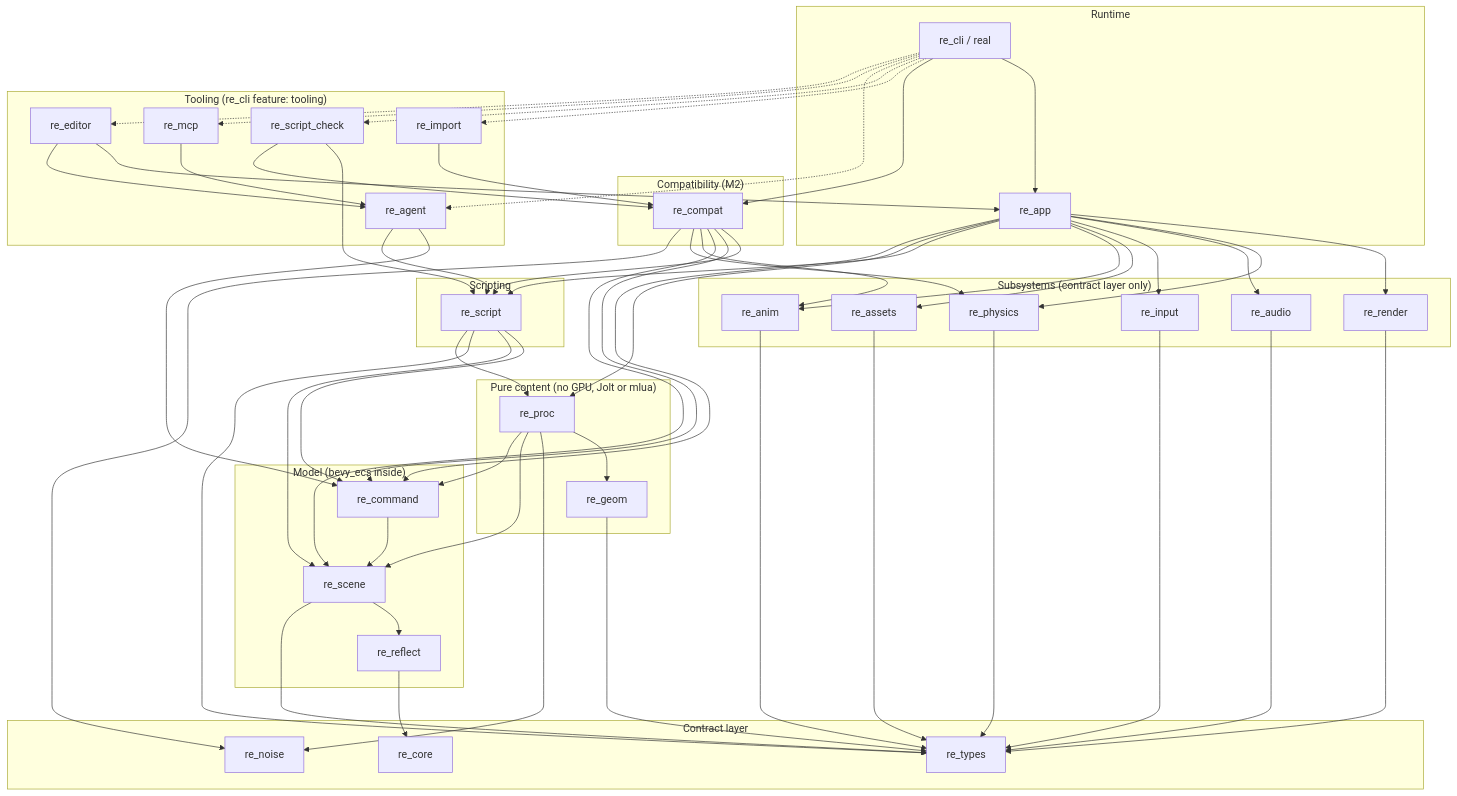
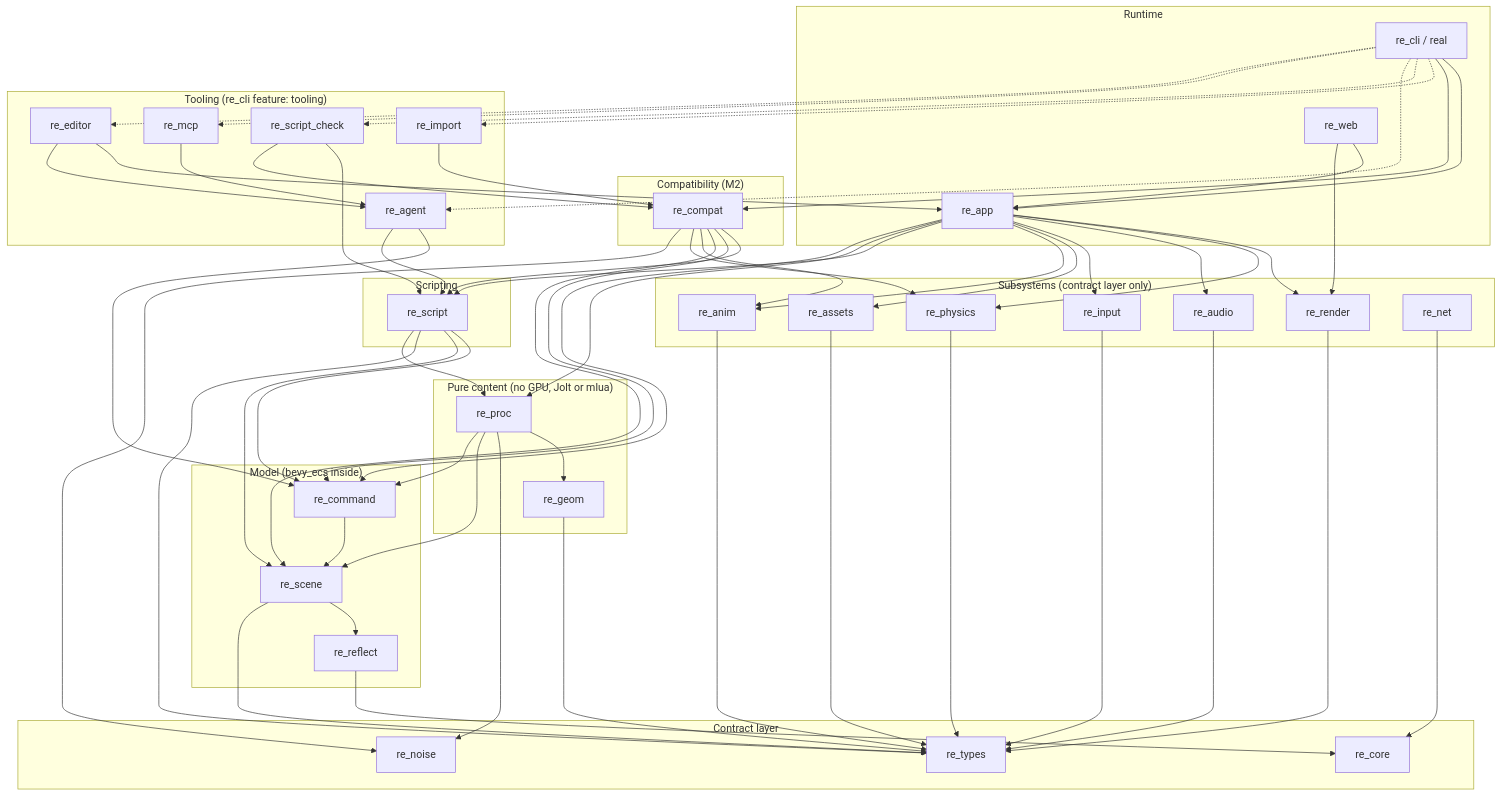
The diagram in docs/ARCHITECTURE.md (dullyontop/real-engine), drawn with Mermaid before and after one commit. The commit also changed other lines of this file and 6 other files, not shown here.

First line of the commit message:
docs: M3 as-built notes (graphs, roads, ragdolls, streaming, web, D2, packaging) (#151)

````diff
--- a/docs/ARCHITECTURE.md
+++ b/docs/ARCHITECTURE.md
@@ -31,78 +32,81 @@
 ```mermaid
 graph TD
   subgraph "Contract layer"
     core[re_core]
     types[re_types]
     noise[re_noise]
   end
 
   subgraph "Model (bevy_ecs inside)"
     reflect[re_reflect] --> core
     scene[re_scene] --> reflect
     scene --> types
     command[re_command] --> scene
   end
 
   subgraph "Pure content (no GPU, Jolt or mlua)"
     geom[re_geom] --> types
     proc[re_proc] --> geom
     proc --> noise
     proc --> scene
     proc --> command
   end
 
   subgraph "Subsystems (contract layer only)"
     render[re_render] --> types
     physics[re_physics] --> types
     audio[re_audio] --> types
     input[re_input] --> types
     assets[re_assets] --> types
     anim[re_anim] --> types
+    net[re_net] --> core
   end
 
   subgraph Scripting
     script[re_script] --> command
     script --> scene
     script --> types
     script --> proc
   end
 
   subgraph Runtime
     app[re_app] --> render
     app --> physics
     app --> audio
     app --> input
     app --> assets
     app --> anim
     app --> script
     app --> proc
     app --> command
     cli[re_cli / real] --> app
+    web[re_web] --> app
+    web --> render
   end
 
   subgraph "Compatibility (M2)"
     compat[re_compat] --> script
     compat --> command
     compat --> scene
     compat --> anim
     compat --> physics
     compat --> noise
     cli --> compat
   end
 
   subgraph "Tooling (re_cli feature: tooling)"
     check[re_script_check] --> script
     check --> compat
     import[re_import] --> compat
     cli -.-> import
     agent[re_agent] --> command
     agent --> script
     mcp[re_mcp] --> agent
     editor[re_editor] --> app
     editor --> agent
     cli -.-> check
     cli -.-> agent
     cli -.-> mcp
     cli -.-> editor
   end
 ```
````
